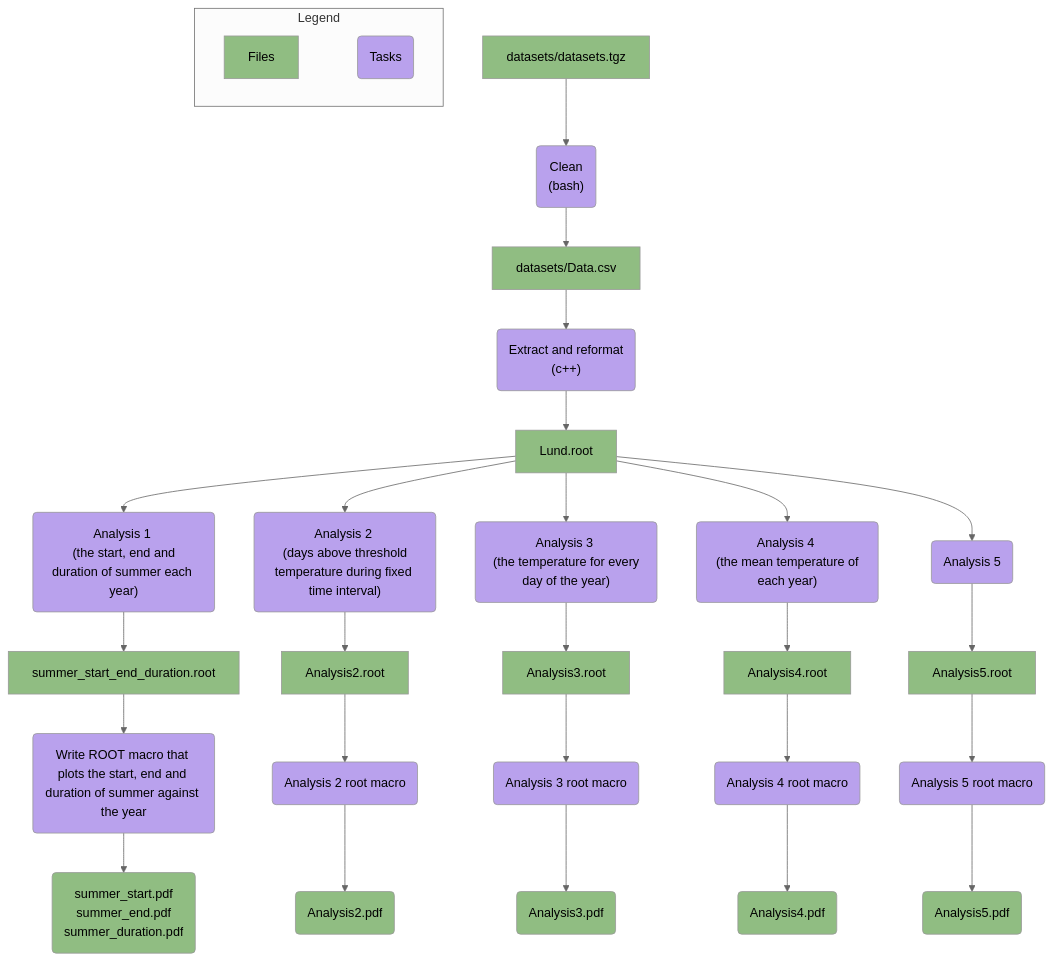
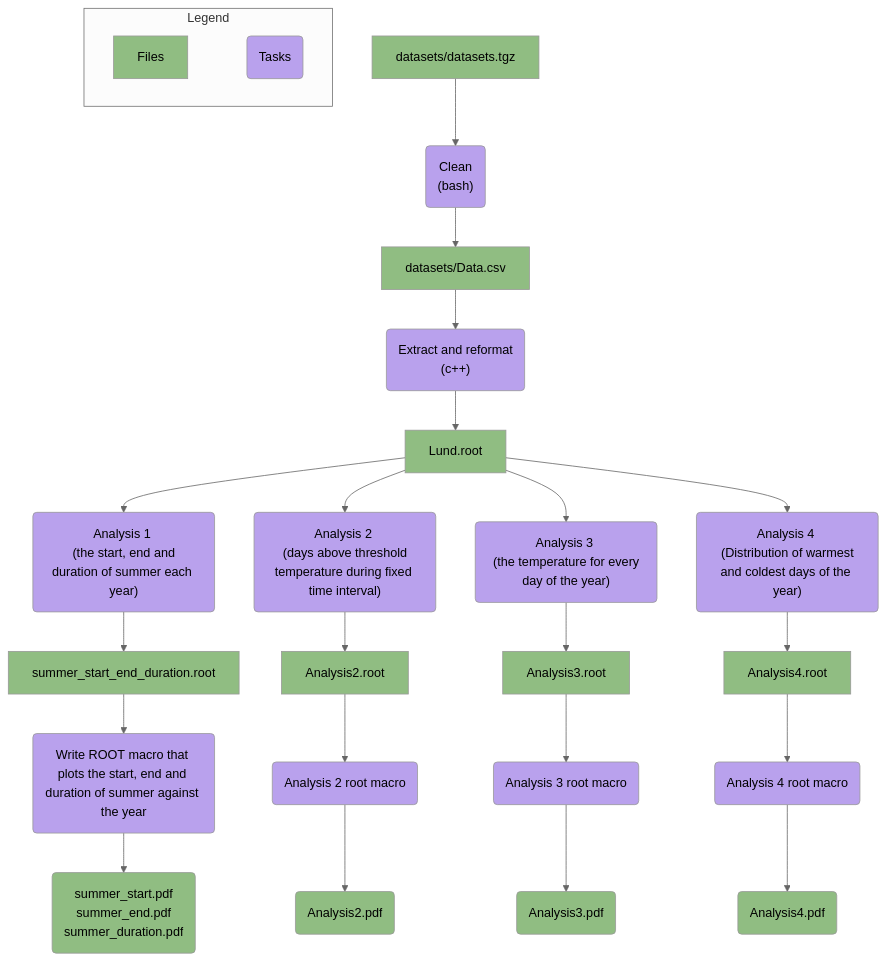
The diagram in Workplan.md (dchelidzemrics-design/MNXB11-Project), drawn with Mermaid before and after one commit.

Commit message:
Revise Analysis 4 and remove Analysis 5
Updated Analysis 4 description and removed Analysis 5 workflow.

````diff
--- a/Workplan.md
+++ b/Workplan.md
@@ -9,55 +9,49 @@
 ```mermaid 
 %%{init: { 'theme':'neutral', 'fontSize': '11px'} }%%
 flowchart TD
     %% This will be the same for all analyses
     A["datasets/datasets.tgz"] --> B("Clean <br> (bash)")
     B --> C["datasets/Data.csv"]
     C --> D("Extract and reformat <br> (c++)")
     D --> E["Lund.root"]
 
     %% The seperate analyses
     E --> F("Analysis 1 <br> (the start, end and duration of summer each year)")
     E --> G("Analysis 2 <br> (days above threshold temperature during fixed time interval)")
     E --> H("Analysis 3 <br> (the temperature for every day of the year)")
-    E --> I("Analysis 4 <br> (the mean temperature of each year)")
-    E --> J("Analysis 5")
+    E --> I("Analysis 4 <br> (Distribution of warmest and coldest days of the year)")
 
     %% Analysis 1 workflow
     F --> F1["summer_start_end_duration.root"]
     F1 --> F2("Write ROOT macro that plots the start, end and duration of summer against the year")
     F2 --> F3("summer_start.pdf <br> summer_end.pdf <br> summer_duration.pdf")
     
     %% Analysis 2 workflow
     G --> G1["Analysis2.root"]
     G1 --> G2("Analysis 2 root macro")
     G2 --> G3("Analysis2.pdf")
 
     %% Analysis 3 workflow
     H --> H1["Analysis3.root"]
     H1 --> H2("Analysis 3 root macro")
     H2 --> H3("Analysis3.pdf")
 
     %% Analysis 4 workflow
     I --> I1["Analysis4.root"]
     I1 --> I2("Analysis 4 root macro")
     I2 --> I3("Analysis4.pdf")
 
-    %% Analysis 5 workflow
-    J --> J1["Analysis5.root"]
-    J1 --> J2("Analysis 5 root macro")
-    J2 --> J3("Analysis5.pdf")
-
     %% Legend 
     subgraph Legend ["Legend"]
         direction LR
         L1["Files"] ~~~ L2("Tasks")
     end
 
     %% Seperate Files and Tasks into different classes
     %% with different colors
     classDef Files fill:#90bd82;
     classDef Tasks fill:#b9a1ed;
 
     class L1,A,C,E,F1,F3,G1,G3,H1,H3,I1,I3,J1,J3 Files;
     class L2,B,D,F,G,H,I,J,F2,G2,H2,I2,J2 Tasks;
 ```
````
